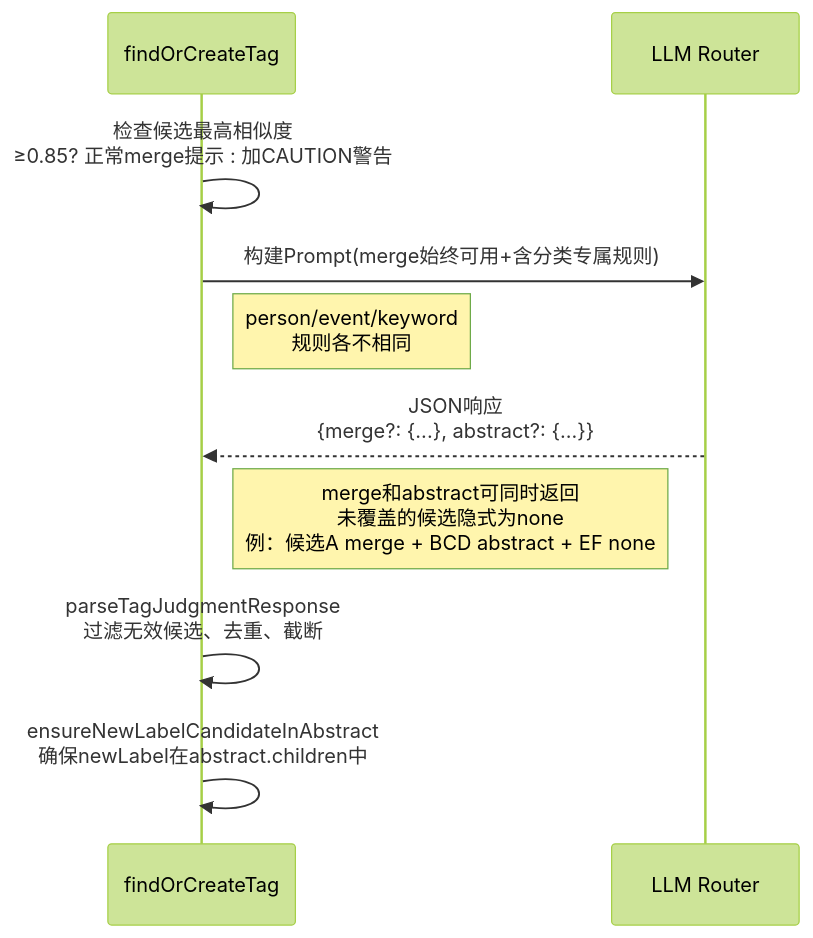
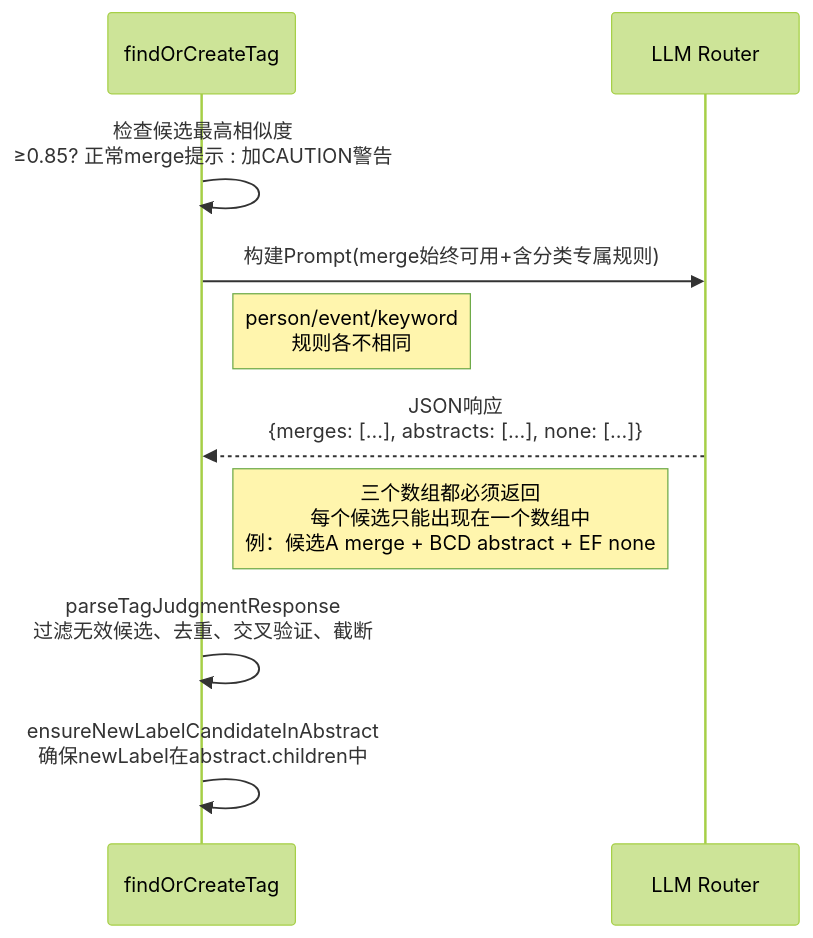
One commit to ZanebonoAlter/ZanebonoRssReader changed the second of 10 diagrams in docs/guides/tagging-flow.md. Above: the diagram before and after it, drawn with Mermaid (forest theme). The commit also changed other lines of this file and 67 other files, not shown here.

````diff
--- a/docs/guides/tagging-flow.md
+++ b/docs/guides/tagging-flow.md
@@ -66,13 +64,13 @@
 ```mermaid
 sequenceDiagram
     participant Caller as findOrCreateTag
     participant LLM as LLM Router
     
     Caller->>Caller: 检查候选最高相似度<br/>≥0.85? 正常merge提示 : 加CAUTION警告
     Caller->>LLM: 构建Prompt(merge始终可用+含分类专属规则)
     Note right of Caller: person/event/keyword<br/>规则各不相同
-    LLM-->>Caller: JSON响应<br/>{merge?: {...}, abstract?: {...}}
-    Note right of Caller: merge和abstract可同时返回<br/>未覆盖的候选隐式为none<br/>例：候选A merge + BCD abstract + EF none
-    Caller->>Caller: parseTagJudgmentResponse<br/>过滤无效候选、去重、截断
+    LLM-->>Caller: JSON响应<br/>{merges: [...], abstracts: [...], none: [...]}
+    Note right of Caller: 三个数组都必须返回<br/>每个候选只能出现在一个数组中<br/>例：候选A merge + BCD abstract + EF none
+    Caller->>Caller: parseTagJudgmentResponse<br/>过滤无效候选、去重、交叉验证、截断
     Caller->>Caller: ensureNewLabelCandidateInAbstract<br/>确保newLabel在abstract.children中
 ```
````
